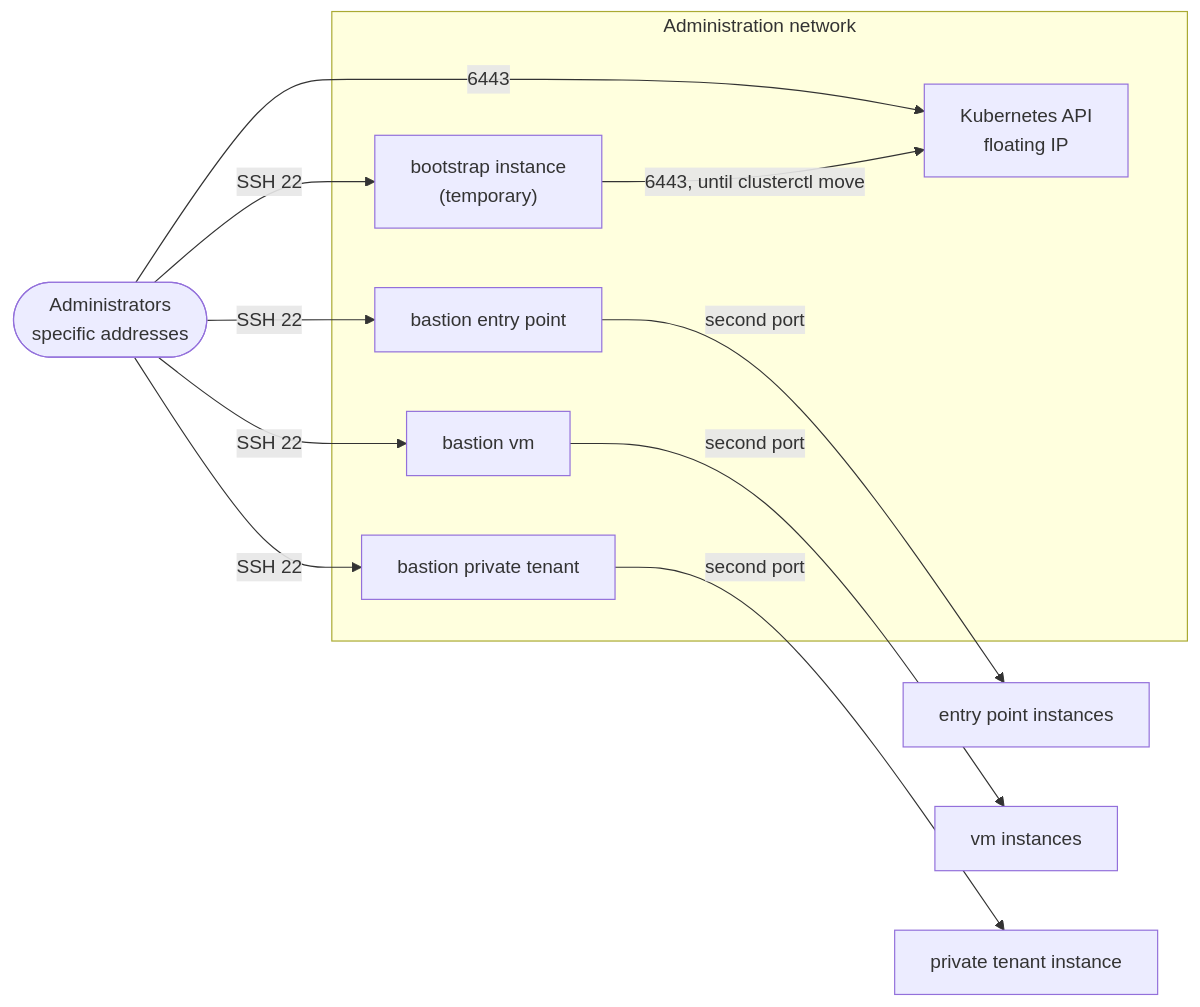
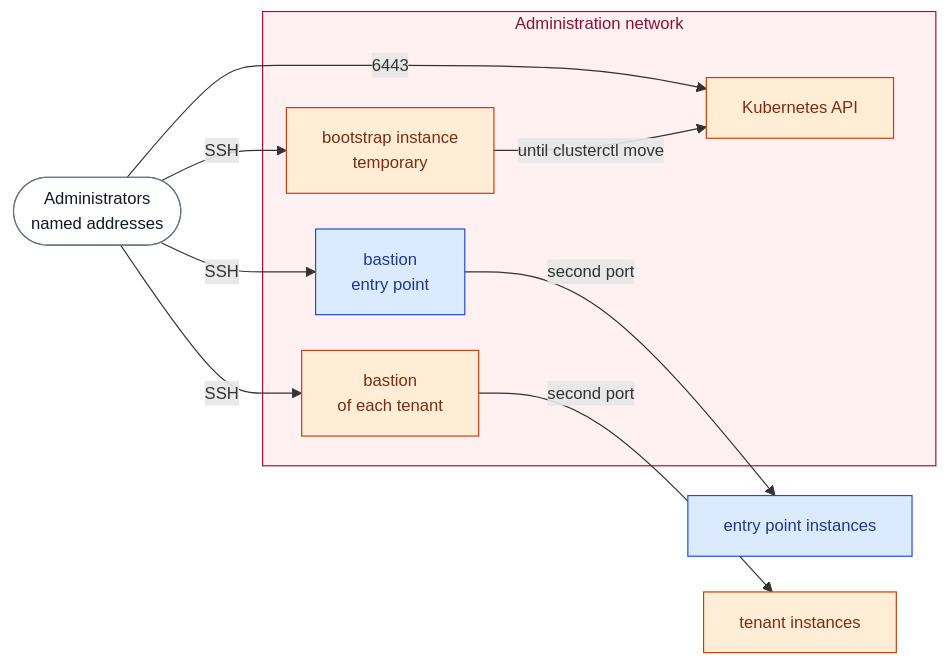
Before and after one commit to CyprisTech/openstack-multitenant-reference: the fifth of 6 diagrams in docs/concepts/architecture.md, drawn with Mermaid. The commit also changed other lines of this file and 17 other files, not shown here.

First line of the commit message:
Diagrams: tenants by exposure, one palette by role, compact diagrams

````diff
--- a/docs/concepts/architecture.md
+++ b/docs/concepts/architecture.md
@@ -223,17 +266,33 @@
 ```mermaid
+---
+config:
+  themeVariables:
+    fontSize: 14px
+  flowchart:
+    useMaxWidth: false
+    nodeSpacing: 30
+    rankSpacing: 40
+---
 flowchart LR
-    OPS(["Administrators<br/>specific addresses"])
+    OPS(["Administrators<br/>named addresses"])
     subgraph ADM["Administration network"]
-        B1["bastion entry point"]
-        B2["bastion vm"]
-        B3["bastion private tenant"]
-        API["Kubernetes API<br/>floating IP"]
-        BS["bootstrap instance<br/>(temporary)"]
+        B1["bastion<br/>entry point"]
+        B2["bastion<br/>of each tenant"]
+        API["Kubernetes API"]
+        BS["bootstrap instance<br/>temporary"]
     end
-    OPS -->|"SSH 22"| B1 & B2 & B3 & BS
+    OPS -->|"SSH"| B1 & B2 & BS
     OPS -->|"6443"| API
     B1 -->|"second port"| E["entry point instances"]
-    B2 -->|"second port"| W["vm instances"]
-    B3 -->|"second port"| I["private tenant instance"]
-    BS -->|"6443, until clusterctl move"| API
+    B2 -->|"second port"| W["tenant instances"]
+    BS -->|"until clusterctl move"| API
+
+    classDef shared fill:#dbeafe,stroke:#1d4ed8,color:#1e3a8a
+    classDef tenant fill:#ffedd5,stroke:#c2410c,color:#7c2d12
+    classDef adm fill:#fff1f2,stroke:#9f1239,color:#881337
+    classDef outside fill:#ffffff,stroke:#6b7280,color:#111827
+    class OPS outside
+    class ADM adm
+    class B1,E shared
+    class B2,API,BS,W tenant
 ```
````
